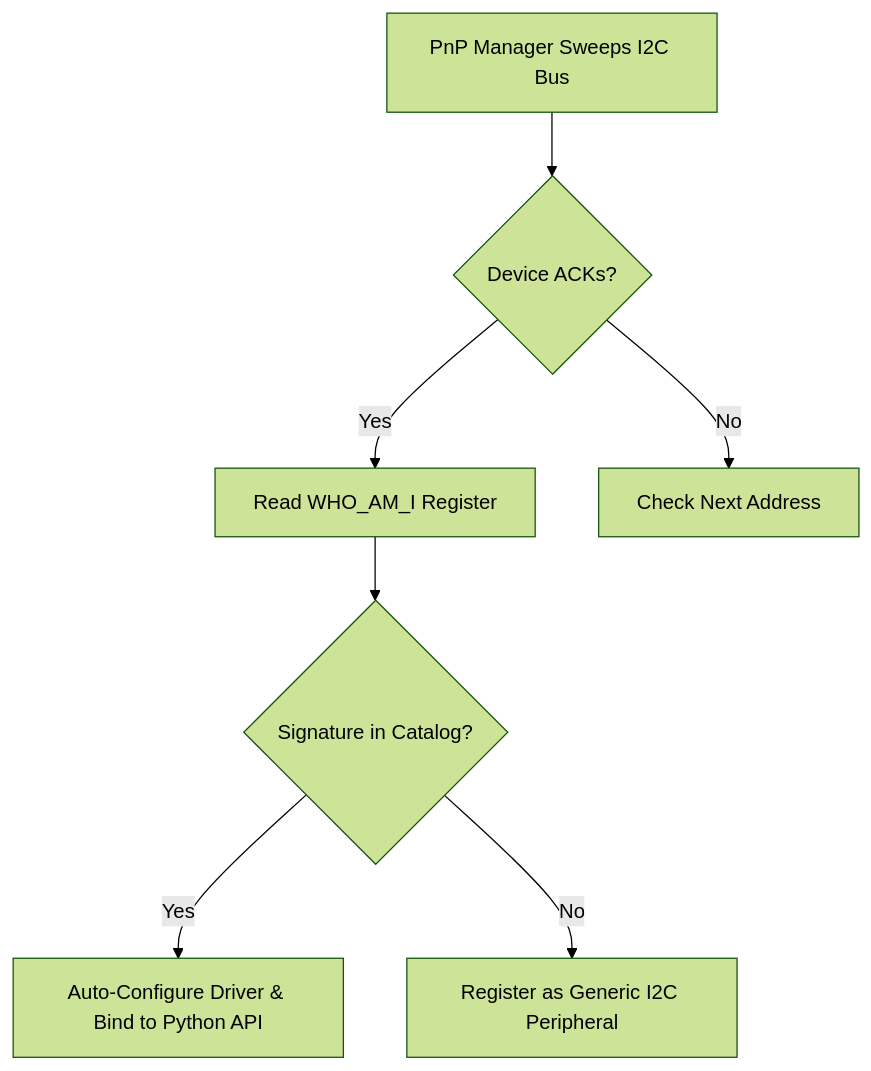
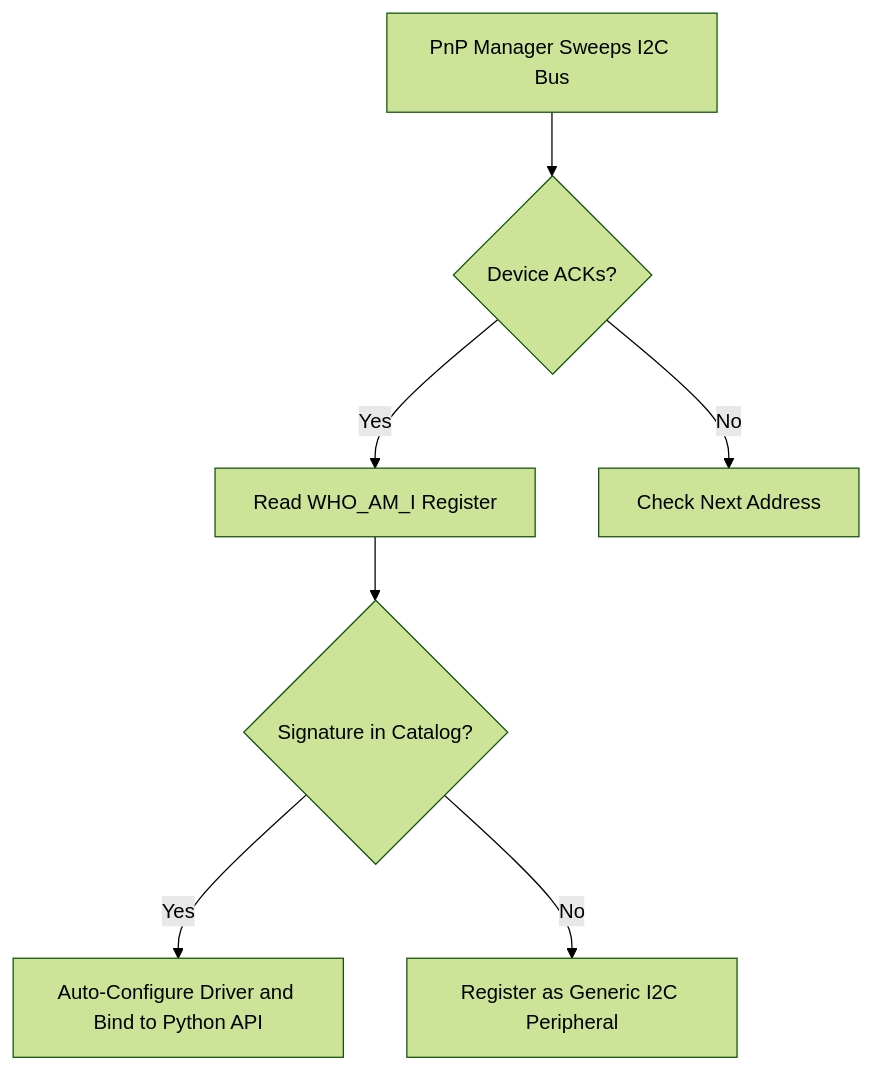
Before and after one commit to tamimystic/tamimystic-os: the diagram in docs/hardware/pnp-sensors.md, drawn with Mermaid (forest theme). The commit also changed other lines of this file and 23 other files, not shown here.

````diff
--- a/docs/hardware/pnp-sensors.md
+++ b/docs/hardware/pnp-sensors.md
@@ -14,9 +14,9 @@
 ```mermaid
 graph TD
     SCAN["PnP Manager Sweeps I2C Bus"] --> ACK{"Device ACKs?"}
     ACK -->|Yes| READ["Read WHO_AM_I Register"]
     ACK -->|No| NEXT["Check Next Address"]
     READ --> MATCH{"Signature in Catalog?"}
-    MATCH -->|Yes| INIT["Auto-Configure Driver & Bind to Python API"]
+    MATCH -->|Yes| INIT["Auto-Configure Driver and Bind to Python API"]
     MATCH -->|No| GENERIC["Register as Generic I2C Peripheral"]
 ```
````
